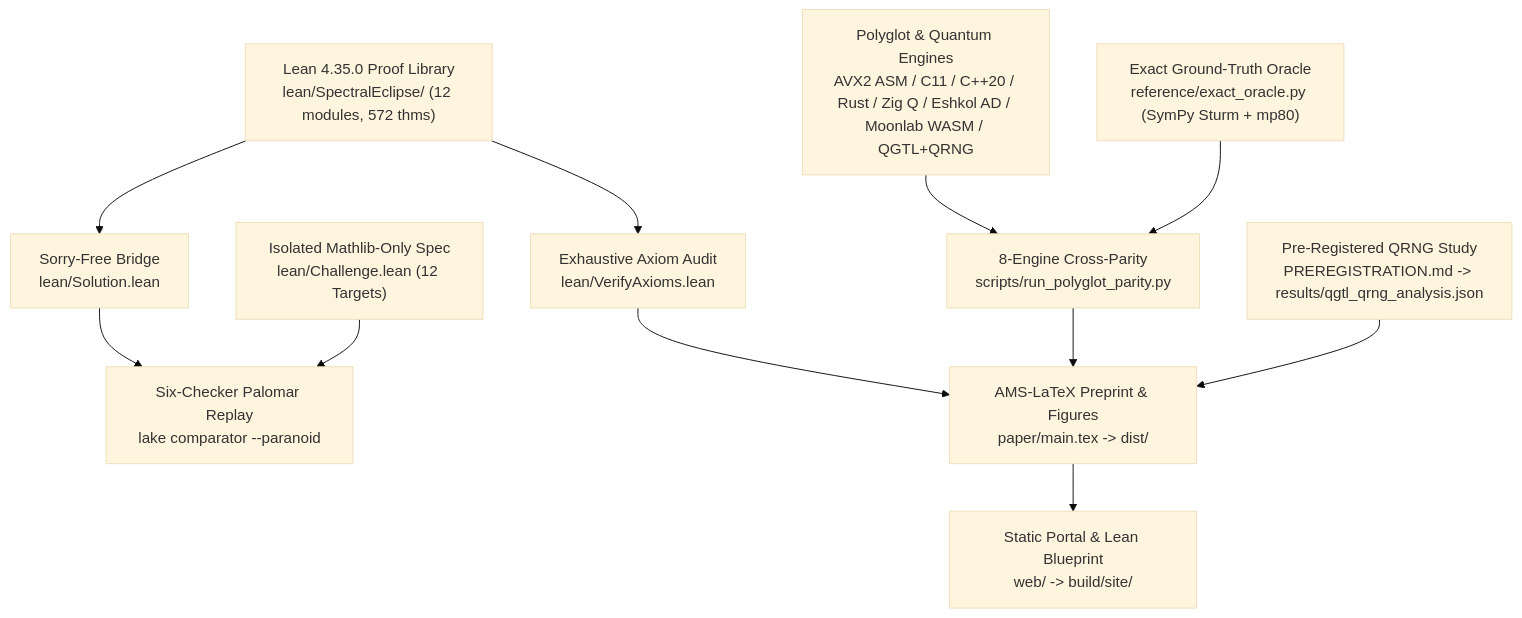
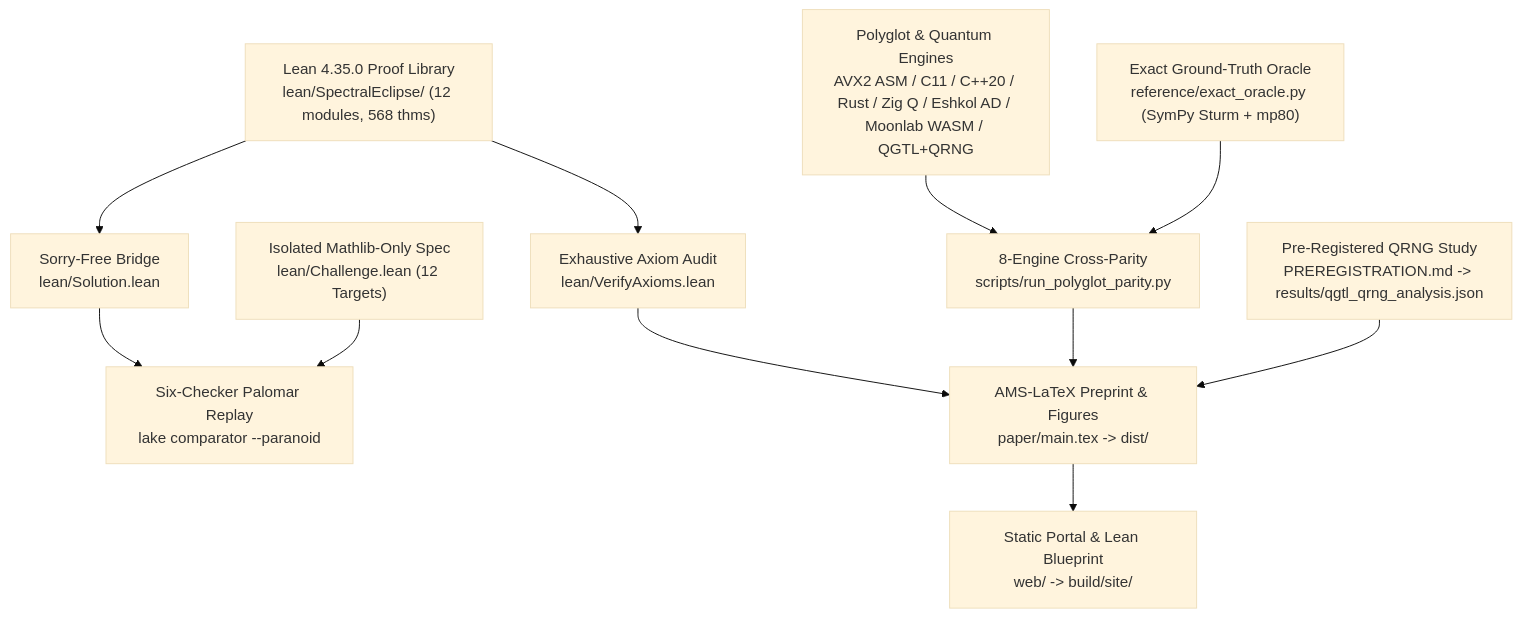
Before and after one commit to 0thernes/spectral-eclipse-frontier: the diagram in docs/architecture.md, drawn with Mermaid (base theme). The commit also changed 27 other files, not shown here.

````diff
--- a/docs/architecture.md
+++ b/docs/architecture.md
@@ -7,13 +7,13 @@
 ```mermaid
 flowchart TD
     A["Isolated Mathlib-Only Spec\nlean/Challenge.lean (12 Targets)"] --> B["Six-Checker Palomar Replay\nlake comparator --paranoid"]
-    C["Lean 4.35.0 Proof Library\nlean/SpectralEclipse/ (12 modules, 572 thms)"] --> D["Sorry-Free Bridge\nlean/Solution.lean"]
+    C["Lean 4.35.0 Proof Library\nlean/SpectralEclipse/ (12 modules, 568 thms)"] --> D["Sorry-Free Bridge\nlean/Solution.lean"]
     D --> B
     C --> E["Exhaustive Axiom Audit\nlean/VerifyAxioms.lean"]
     F["Exact Ground-Truth Oracle\nreference/exact_oracle.py (SymPy Sturm + mp80)"] --> G["8-Engine Cross-Parity\nscripts/run_polyglot_parity.py"]
     H["Polyglot & Quantum Engines\nAVX2 ASM / C11 / C++20 / Rust / Zig Q / Eshkol AD / Moonlab WASM / QGTL+QRNG"] --> G
     I["Pre-Registered QRNG Study\nPREREGISTRATION.md -> results/qgtl_qrng_analysis.json"] --> J["AMS-LaTeX Preprint & Figures\npaper/main.tex -> dist/"]
     G --> J
     E --> J
     J --> K["Static Portal & Lean Blueprint\nweb/ -> build/site/"]
 ```
````
